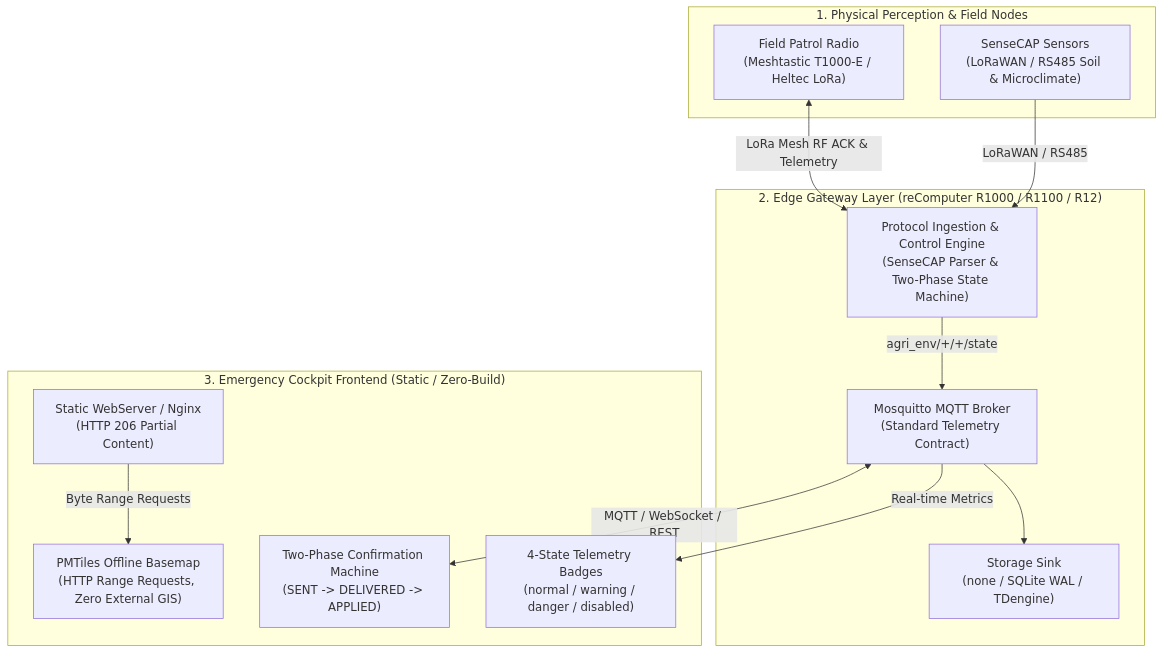
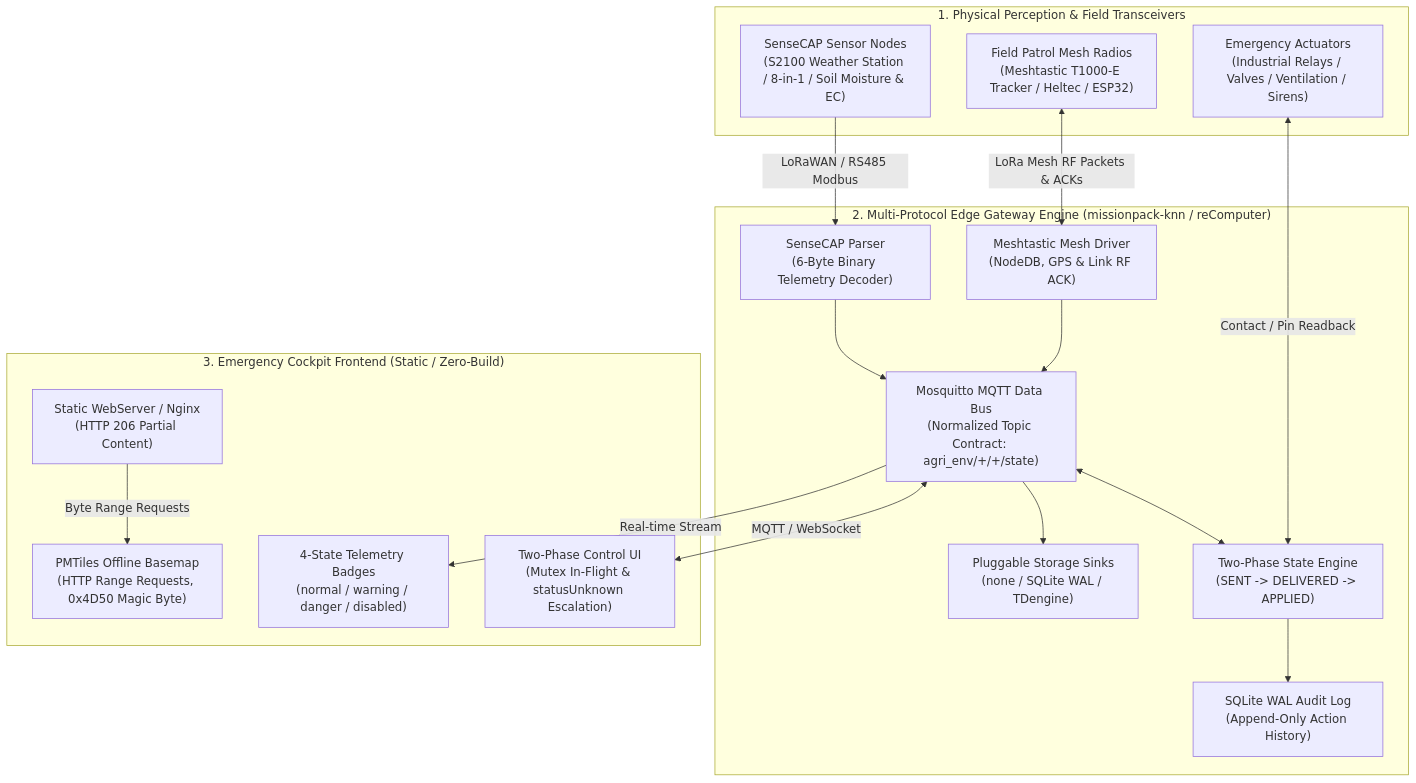
One commit to Seeed-Solution/emergency-response-cockpit changed the diagram in README.md. Above: the diagram before and after it, drawn with Mermaid. The commit also changed other lines of this file and 1 other file, not shown here.

Commit message:
docs: separate bilingual readmes and document multi-protocol edge gateway integration

````diff
--- a/README.md
+++ b/README.md
@@ -17,28 +19,38 @@
 ```mermaid
 flowchart TD
-    subgraph Perception["1. Physical Perception & Field Nodes"]
-        Sensors["SenseCAP Sensors<br>(LoRaWAN / RS485 Soil & Microclimate)"]
-        Patrol["Field Patrol Radio<br>(Meshtastic T1000-E / Heltec LoRa)"]
+    subgraph Perception["1. Physical Perception & Field Transceivers"]
+        Sensors["SenseCAP Sensor Nodes<br>(S2100 Weather Station / 8-in-1 / Soil Moisture & EC)"]
+        Patrol["Field Patrol Mesh Radios<br>(Meshtastic T1000-E Tracker / Heltec / ESP32)"]
+        Actuators["Emergency Actuators<br>(Industrial Relays / Valves / Ventilation / Sirens)"]
     end
 
-    subgraph Gateway["2. Edge Gateway Layer (reComputer R1000 / R1100 / R12)"]
-        Mosquitto["Mosquitto MQTT Broker<br>(Standard Telemetry Contract)"]
-        Parser["Protocol Ingestion & Control Engine<br>(SenseCAP Parser & Two-Phase State Machine)"]
-        Storage["Storage Sink<br>(none / SQLite WAL / TDengine)"]
+    subgraph Gateway["2. Multi-Protocol Edge Gateway Engine (missionpack-knn / reComputer)"]
+        SenseCAPParser["SenseCAP Parser<br>(6-Byte Binary Telemetry Decoder)"]
+        MeshDriver["Meshtastic Mesh Driver<br>(NodeDB, GPS & Link RF ACK)"]
+        StateMachine["Two-Phase State Engine<br>(SENT -> DELIVERED -> APPLIED)"]
+        AuditLog["SQLite WAL Audit Log<br>(Append-Only Action History)"]
+        DataBus["Mosquitto MQTT Data Bus<br>(Normalized Topic Contract: agri_env/+/+/state)"]
+        StorageSinks["Pluggable Storage Sinks<br>(none / SQLite WAL / TDengine)"]
     end
 
     subgraph Frontend["3. Emergency Cockpit Frontend (Static / Zero-Build)"]
         WebServer["Static WebServer / Nginx<br>(HTTP 206 Partial Content)"]
-        PMTiles["PMTiles Offline Basemap<br>(HTTP Range Requests, Zero External GIS)"]
-        StateMachine["Two-Phase Confirmation Machine<br>(SENT -> DELIVERED -> APPLIED)"]
+        PMTiles["PMTiles Offline Basemap<br>(HTTP Range Requests, 0x4D50 Magic Byte)"]
+        ControlUI["Two-Phase Control UI<br>(Mutex In-Flight & statusUnknown Escalation)"]
         Telemetry["4-State Telemetry Badges<br>(normal / warning / danger / disabled)"]
     end
 
-    Sensors -->|LoRaWAN / RS485| Parser
-    Patrol <-->|LoRa Mesh RF ACK & Telemetry| Parser
-    Parser -->|agri_env/+/+/state| Mosquitto
-    Mosquitto --> Storage
-    Mosquitto <-->|MQTT / WebSocket / REST| StateMachine
-    Mosquitto -->|Real-time Metrics| Telemetry
+    Sensors -->|LoRaWAN / RS485 Modbus| SenseCAPParser
+    Patrol <-->|LoRa Mesh RF Packets & ACKs| MeshDriver
+    Actuators <-->|Contact / Pin Readback| StateMachine
+
+    SenseCAPParser --> DataBus
+    MeshDriver --> DataBus
+    DataBus <--> StateMachine
+    StateMachine --> AuditLog
+    DataBus --> StorageSinks
+
+    DataBus <-->|MQTT / WebSocket| ControlUI
+    DataBus -->|Real-time Stream| Telemetry
     WebServer -->|Byte Range Requests| PMTiles
 ```
````
